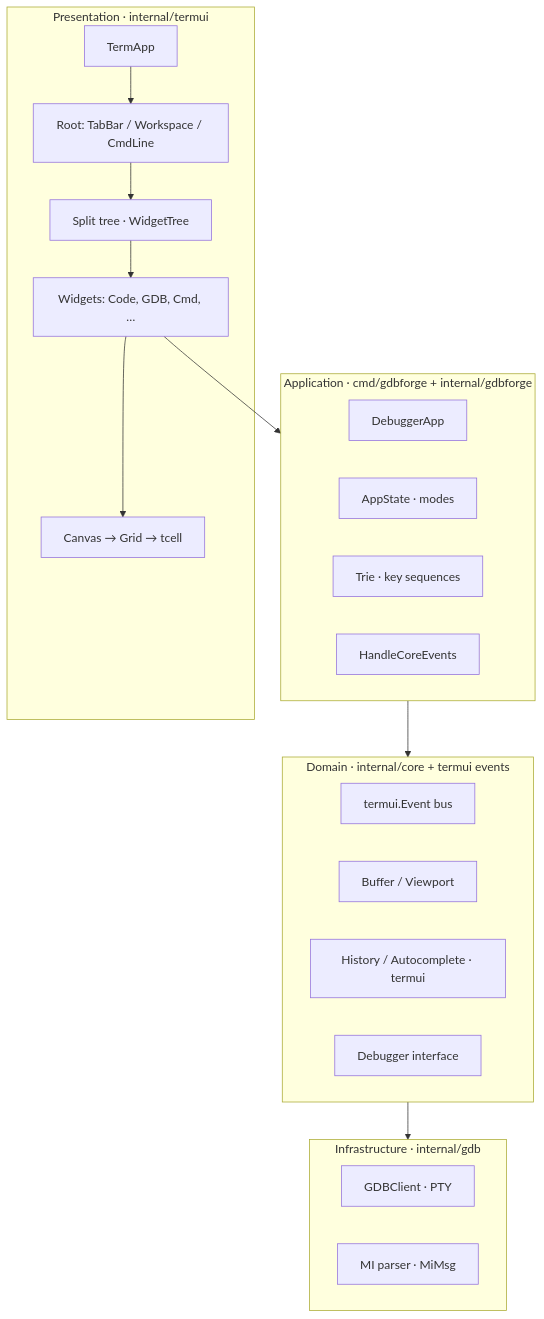
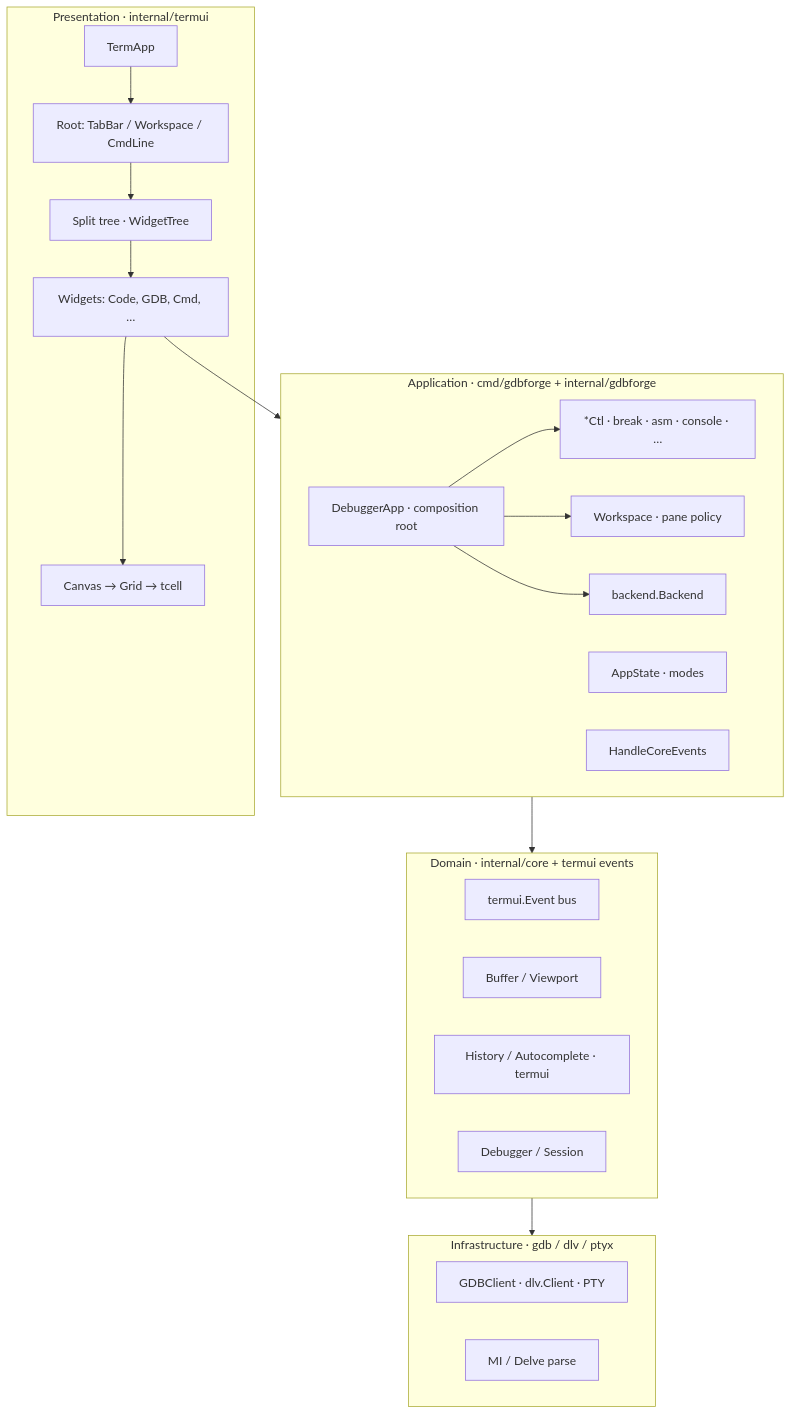
One commit to yairgd/gdbforge changed the third of 8 diagrams in docs/ARCHITECTURE.md. Above: the diagram before and after it, drawn with Mermaid. The commit also changed other lines of this file and 13 other files, not shown here.

First line of the commit message:
Document composition root, Backend, Workspace, and *Ctl controllers.

````diff
--- a/docs/ARCHITECTURE.md
+++ b/docs/ARCHITECTURE.md
@@ -435,34 +468,39 @@
 ```mermaid
 flowchart TB
     subgraph Presentation["Presentation · internal/termui"]
         TermApp["TermApp"]
         RootLayout["Root: TabBar / Workspace / CmdLine"]
         SplitTree["Split tree · WidgetTree"]
         Widgets["Widgets: Code, GDB, Cmd, …"]
         Render["Canvas → Grid → tcell"]
     end
 
     subgraph Application["Application · cmd/gdbforge + internal/gdbforge"]
-        DebuggerApp["DebuggerApp"]
+        DebuggerApp["DebuggerApp · composition root"]
+        Ctls["*Ctl · break · asm · console · …"]
+        WS["Workspace · pane policy"]
+        BE["backend.Backend"]
         AppState["AppState · modes"]
-        Trie["Trie · key sequences"]
         HandleCore["HandleCoreEvents"]
     end
 
     subgraph Domain["Domain · internal/core + termui events"]
         Events["termui.Event bus"]
         Buffer["Buffer / Viewport"]
         History["History / Autocomplete · termui"]
-        DebuggerIF["Debugger interface"]
+        DebuggerIF["Debugger / Session"]
     end
 
-    subgraph Infrastructure["Infrastructure · internal/gdb"]
-        Client["GDBClient · PTY"]
-        MI["MI parser · MiMsg"]
+    subgraph Infrastructure["Infrastructure · gdb / dlv / ptyx"]
+        Client["GDBClient · dlv.Client · PTY"]
+        MI["MI / Delve parse"]
     end
 
     TermApp --> RootLayout --> SplitTree --> Widgets --> Render
     Widgets --> Application
+    DebuggerApp --> Ctls
+    DebuggerApp --> WS
+    DebuggerApp --> BE
     Application --> Domain
     Domain --> Infrastructure
 ```
````
